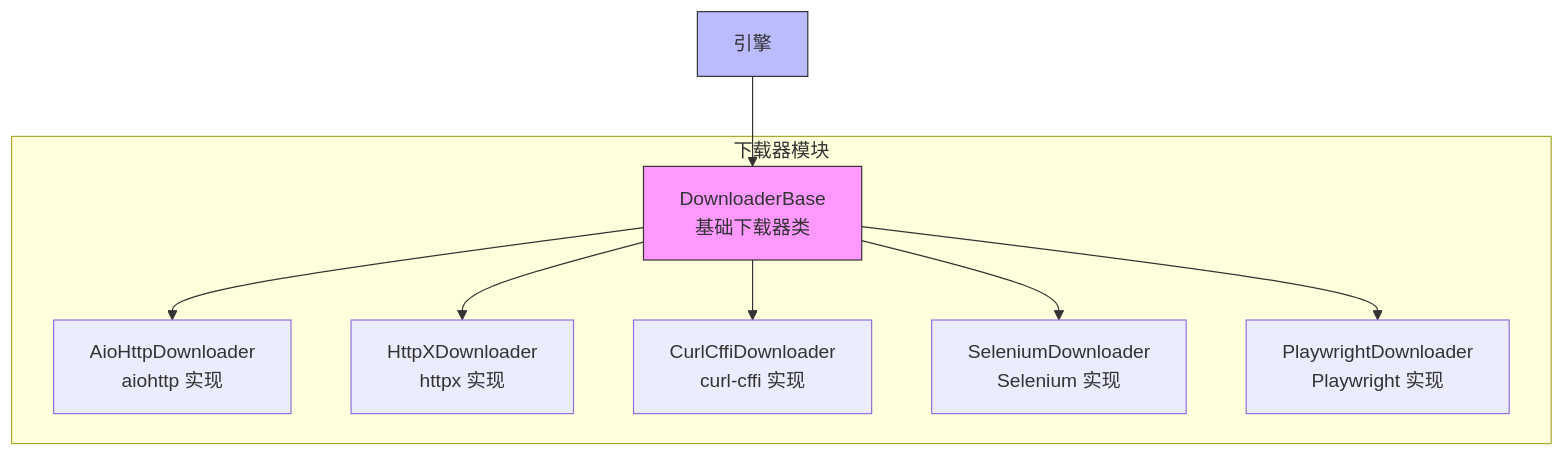
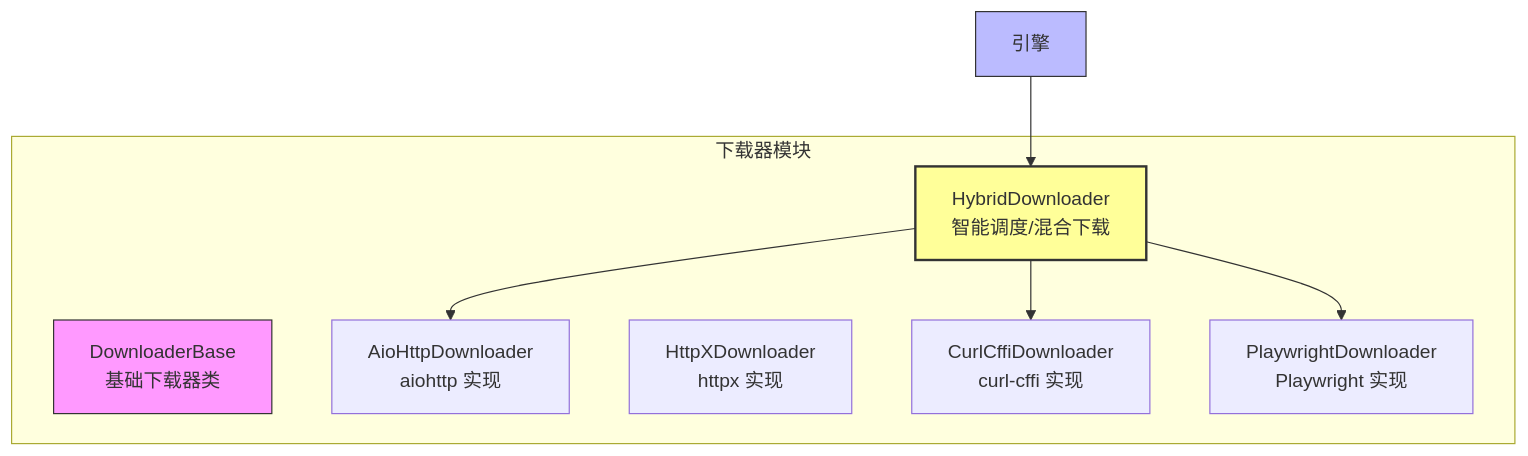
The diagram in docs/modules/downloader/index.md (crawl-coder/Crawlo), drawn with Mermaid before and after one commit. The commit also changed other lines of this file and 6 other files, not shown here.

````diff
--- a/docs/modules/downloader/index.md
+++ b/docs/modules/downloader/index.md
@@ -19,19 +19,18 @@
 ```mermaid
 graph TB
 subgraph "下载器模块"
 DownloaderBase[DownloaderBase<br/>基础下载器类]
+HybridDownloader[HybridDownloader<br/>智能调度/混合下载]
 AioHttpDownloader[AioHttpDownloader<br/>aiohttp 实现]
 HttpXDownloader[HttpXDownloader<br/>httpx 实现]
 CurlCffiDownloader[CurlCffiDownloader<br/>curl-cffi 实现]
-SeleniumDownloader[SeleniumDownloader<br/>Selenium 实现]
 PlaywrightDownloader[PlaywrightDownloader<br/>Playwright 实现]
 end
-Engine[引擎] --> DownloaderBase
-DownloaderBase --> AioHttpDownloader
-DownloaderBase --> HttpXDownloader
-DownloaderBase --> CurlCffiDownloader
-DownloaderBase --> SeleniumDownloader
-DownloaderBase --> PlaywrightDownloader
+Engine[引擎] --> HybridDownloader
+HybridDownloader --> AioHttpDownloader
+HybridDownloader --> PlaywrightDownloader
+HybridDownloader --> CurlCffiDownloader
 style DownloaderBase fill:#f9f,stroke:#333
+style HybridDownloader fill:#ff9,stroke:#333,stroke-width:2px
 style Engine fill:#bbf,stroke:#333
 ```
````
